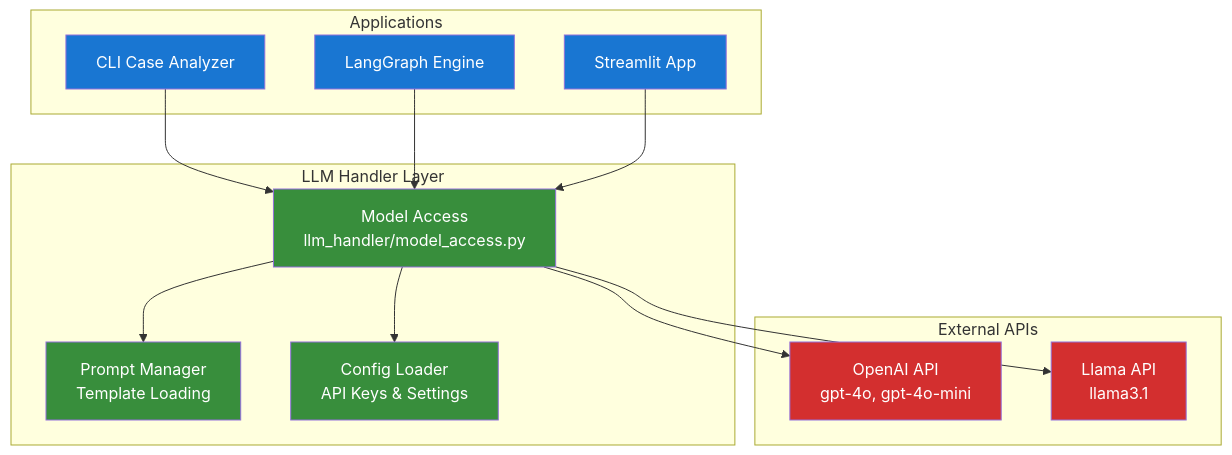
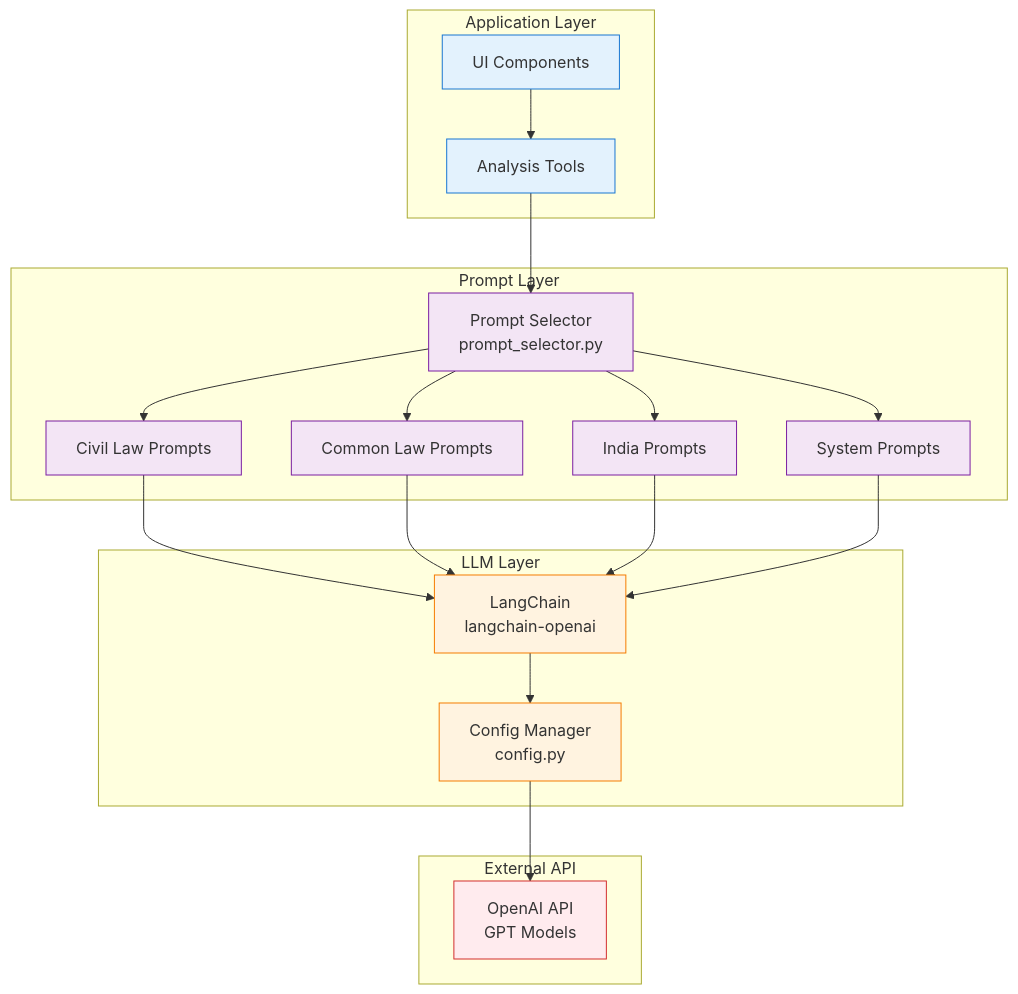
One commit to Choice-of-Law-Dataverse/cold-case-analysis changed the sixth of 7 diagrams in docs/ARCHITECTURE.md. Above: the diagram before and after it, drawn with Mermaid. The commit also changed other lines of this file and 4 other files, not shown here.

First line of the commit message:
doc: rewrite documentation to reflect current single Streamlit application structure (#31)

````diff
--- a/docs/ARCHITECTURE.md
+++ b/docs/ARCHITECTURE.md
@@ -627,37 +694,50 @@
 ```mermaid
 graph TB
-    subgraph "Applications"
-        CLI[CLI Case Analyzer]
-        LangGraph[LangGraph Engine]
-        Streamlit[Streamlit App]
+    subgraph "Application Layer"
+        Components[UI Components]
+        Tools[Analysis Tools]
     end
     
-    subgraph "LLM Handler Layer"
-        ModelAccess[Model Access<br/>llm_handler/model_access.py]
-        PromptManager[Prompt Manager<br/>Template Loading]
-        ConfigLoader[Config Loader<br/>API Keys & Settings]
+    subgraph "Prompt Layer"
+        PromptSelector[Prompt Selector<br/>prompt_selector.py]
+        CivilLaw[Civil Law Prompts]
+        CommonLaw[Common Law Prompts]
+        India[India Prompts]
+        SystemPrompts[System Prompts]
     end
     
-    subgraph "External APIs"
-        OpenAI[OpenAI API<br/>gpt-4o, gpt-4o-mini]
-        LlamaAPI[Llama API<br/>llama3.1]
+    subgraph "LLM Layer"
+        LangChain[LangChain<br/>langchain-openai]
+        Config[Config Manager<br/>config.py]
     end
     
-    CLI --> ModelAccess
-    LangGraph --> ModelAccess
-    Streamlit --> ModelAccess
+    subgraph "External API"
+        OpenAI[OpenAI API<br/>GPT Models]
+    end
     
-    ModelAccess --> PromptManager
-    ModelAccess --> ConfigLoader
+    Components --> Tools
+    Tools --> PromptSelector
     
-    ModelAccess --> OpenAI
-    ModelAccess --> LlamaAPI
+    PromptSelector --> CivilLaw
+    PromptSelector --> CommonLaw
+    PromptSelector --> India
+    PromptSelector --> SystemPrompts
+    
+    CivilLaw --> LangChain
+    CommonLaw --> LangChain
+    India --> LangChain
+    SystemPrompts --> LangChain
+    
+    LangChain --> Config
+    Config --> OpenAI
 
-    classDef app fill:#1976d2,color:white
-    classDef handler fill:#388e3c,color:white
-    classDef api fill:#d32f2f,color:white
+    classDef app fill:#e3f2fd,stroke:#1976d2
+    classDef prompt fill:#f3e5f5,stroke:#7b1fa2
+    classDef llm fill:#fff3e0,stroke:#f57c00
+    classDef api fill:#ffebee,stroke:#d32f2f
 
-    class CLI,LangGraph,Streamlit app
-    class ModelAccess,PromptManager,ConfigLoader handler
-    class OpenAI,LlamaAPI api
+    class Components,Tools app
+    class PromptSelector,CivilLaw,CommonLaw,India,SystemPrompts prompt
+    class LangChain,Config llm
+    class OpenAI api
 ```
````
